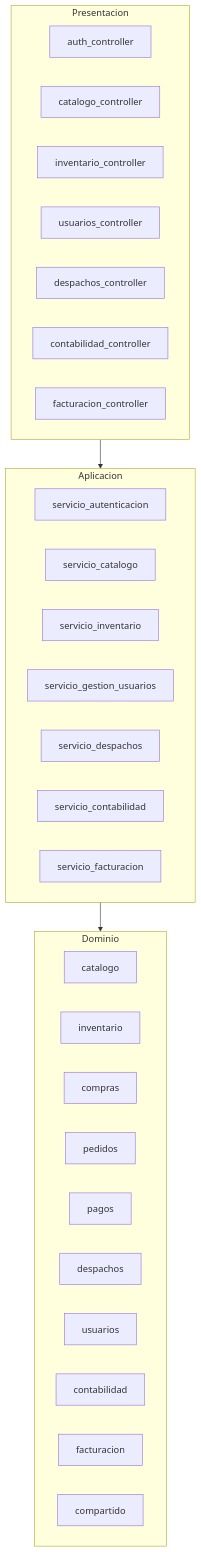
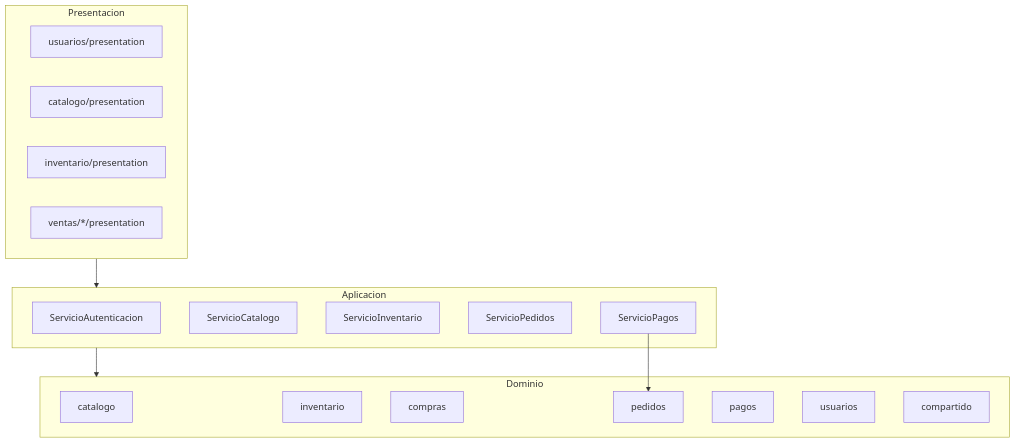
The second of 3 diagrams in docs/arquitectura.md (javierRock/SoftwareTextil), drawn with Mermaid before and after one commit. The commit also changed other lines of this file and 26 other files, not shown here.

````diff
--- a/docs/arquitectura.md
+++ b/docs/arquitectura.md
@@ -47,38 +45,31 @@
 ```mermaid
 flowchart TB
     subgraph Web["Presentacion"]
-        AuthC["auth_controller"]
-        CatalogoC["catalogo_controller"]
-        InventarioC["inventario_controller"]
-        UsuariosC["usuarios_controller"]
-        DespachosC["despachos_controller"]
-        ContabilidadC["contabilidad_controller"]
-        FacturacionC["facturacion_controller"]
+        AuthC["usuarios/presentation"]
+        CatalogoC["catalogo/presentation"]
+        InventarioC["inventario/presentation"]
+        VentasC["ventas/*/presentation"]
     end
 
     subgraph App["Aplicacion"]
-        AuthS["servicio_autenticacion"]
-        CatalogoS["servicio_catalogo"]
-        InventarioS["servicio_inventario"]
-        UsuariosS["servicio_gestion_usuarios"]
-        DespachosS["servicio_despachos"]
-        ContabilidadS["servicio_contabilidad"]
-        FacturacionS["servicio_facturacion"]
+        AuthS["ServicioAutenticacion"]
+        CatalogoS["ServicioCatalogo"]
+        InventarioS["ServicioInventario"]
+        PedidoS["ServicioPedidos"]
+        PagoS["ServicioPagos"]
     end
 
     subgraph Domain["Dominio"]
         Catalogo["catalogo"]
         Inventario["inventario"]
         Compras["compras"]
         Pedidos["pedidos"]
         Pagos["pagos"]
-        Despachos["despachos"]
         Usuarios["usuarios"]
-        Contabilidad["contabilidad"]
-        Facturacion["facturacion"]
         Compartido["compartido"]
     end
 
     Web --> App
     App --> Domain
+    PagoS --> Pedidos
 ```
````
